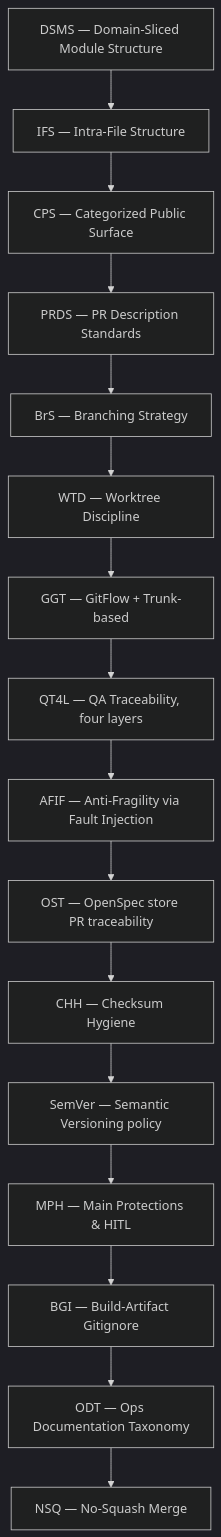
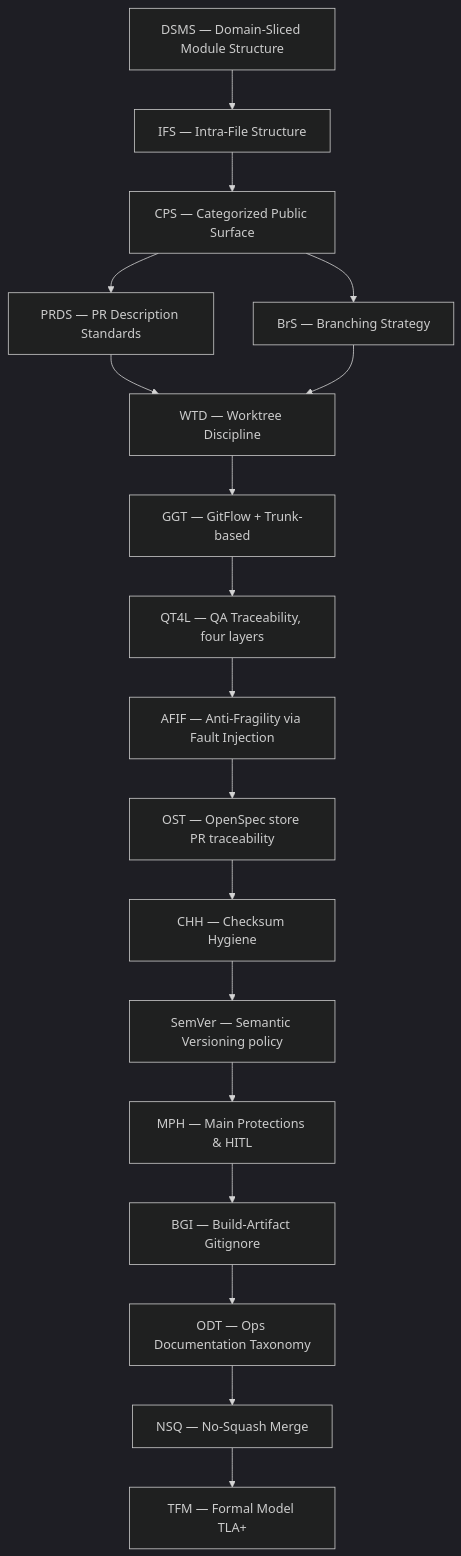
Before and after one commit to chimeranext/better-toolkits: the diagram in shared/references/engineering-standards/README.md, drawn with Mermaid (dark theme).

Commit message:
docs(engineering-standards): flowchart shows PRDS+BrS converge before WTD (both required)

````diff
--- a/shared/references/engineering-standards/README.md
+++ b/shared/references/engineering-standards/README.md
@@ -36,34 +36,36 @@
 ```mermaid
 flowchart TD
     S0[DSMS — Domain-Sliced Module Structure]
     S1[IFS — Intra-File Structure]
     S2[CPS — Categorized Public Surface]
     S3[PRDS — PR Description Standards]
     S4[BrS — Branching Strategy]
     S5[WTD — Worktree Discipline]
     S6[GGT — GitFlow + Trunk-based]
     S7[QT4L — QA Traceability, four layers]
     S8[AFIF — Anti-Fragility via Fault Injection]
     S9[OST — OpenSpec store PR traceability]
     S10[CHH — Checksum Hygiene]
     S11[SemVer — Semantic Versioning policy]
     S12[MPH — Main Protections & HITL]
     S13[BGI — Build-Artifact Gitignore]
     S14[ODT — Ops Documentation Taxonomy]
     S15[NSQ — No-Squash Merge]
-    S0 --> S1
-    S1 --> S2
+    S16[TFM — Formal Model TLA+]
+    S0 --> S1 --> S2
     S2 --> S3
-    S3 --> S4
+    S2 --> S4
+    S3 --> S5
     S4 --> S5
     S5 --> S6
     S6 --> S7
     S7 --> S8
     S8 --> S9
     S9 --> S10
     S10 --> S11
     S11 --> S12
     S12 --> S13
     S13 --> S14
     S14 --> S15
+    S15 --> S16
 ```
````
